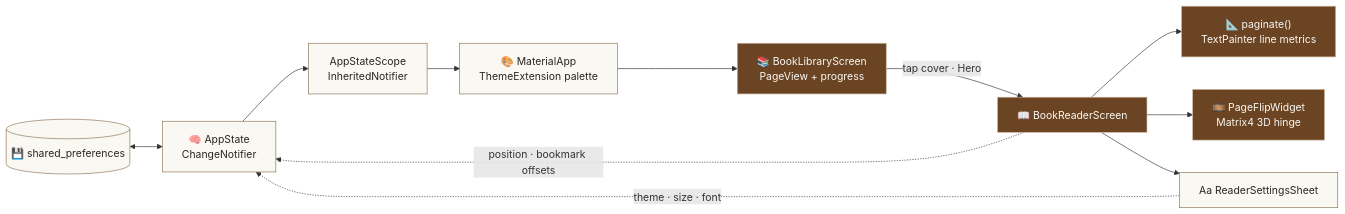
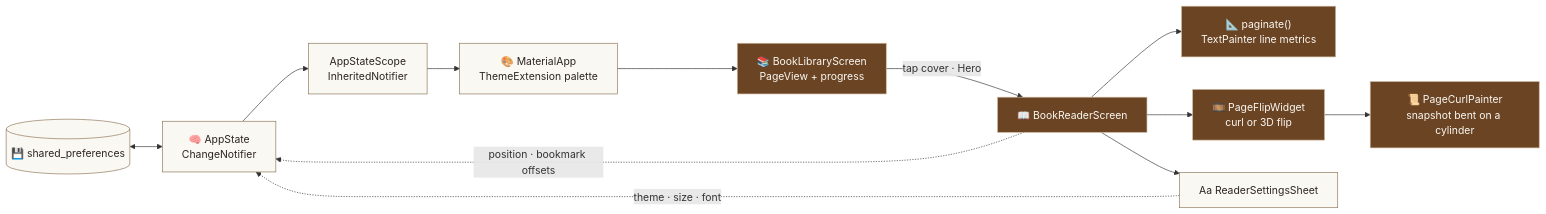
Before and after one commit to HammasT1/Animated_Book: the diagram in README.md, drawn with Mermaid. The commit also changed other lines of this file and 8 other files, not shown here.

Commit message:
Add paper-like page curl with fold shadows

````diff
--- a/README.md
+++ b/README.md
@@ -211,18 +212,19 @@
 ```mermaid
 flowchart LR
     P[("💾 shared_preferences")] <--> S["🧠 AppState<br/>ChangeNotifier"]
     S --> Q["AppStateScope<br/>InheritedNotifier"]
     Q --> M["🎨 MaterialApp<br/>ThemeExtension palette"]
     M --> L["📚 BookLibraryScreen<br/>PageView + progress"]
     L -- "tap cover · Hero" --> R["📖 BookReaderScreen"]
     R --> G["📐 paginate()<br/>TextPainter line metrics"]
-    R --> F["🎞️ PageFlipWidget<br/>Matrix4 3D hinge"]
+    R --> F["🎞️ PageFlipWidget<br/>curl or 3D flip"]
+    F --> C["📜 PageCurlPainter<br/>snapshot bent on a cylinder"]
     R --> T["Aa ReaderSettingsSheet"]
     R -. "position · bookmark offsets" .-> S
     T -. "theme · size · font" .-> S
 
     classDef leather fill:#6B4423,stroke:#CBB69B,color:#FAF8F3
     classDef paper fill:#FAF8F3,stroke:#8B7355,color:#2C2420
-    class L,R,F,G leather
+    class L,R,F,G,C leather
     class P,S,Q,M,T paper
 ```
````
